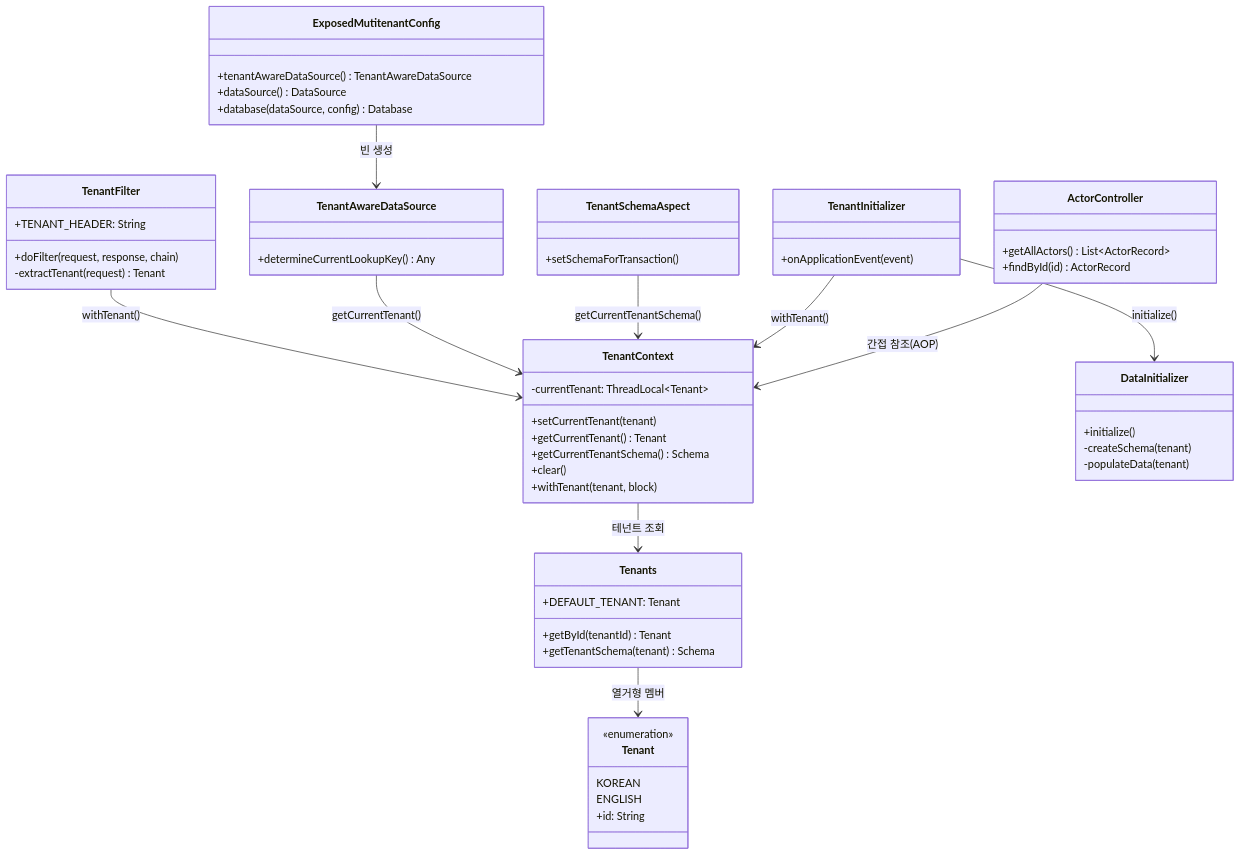
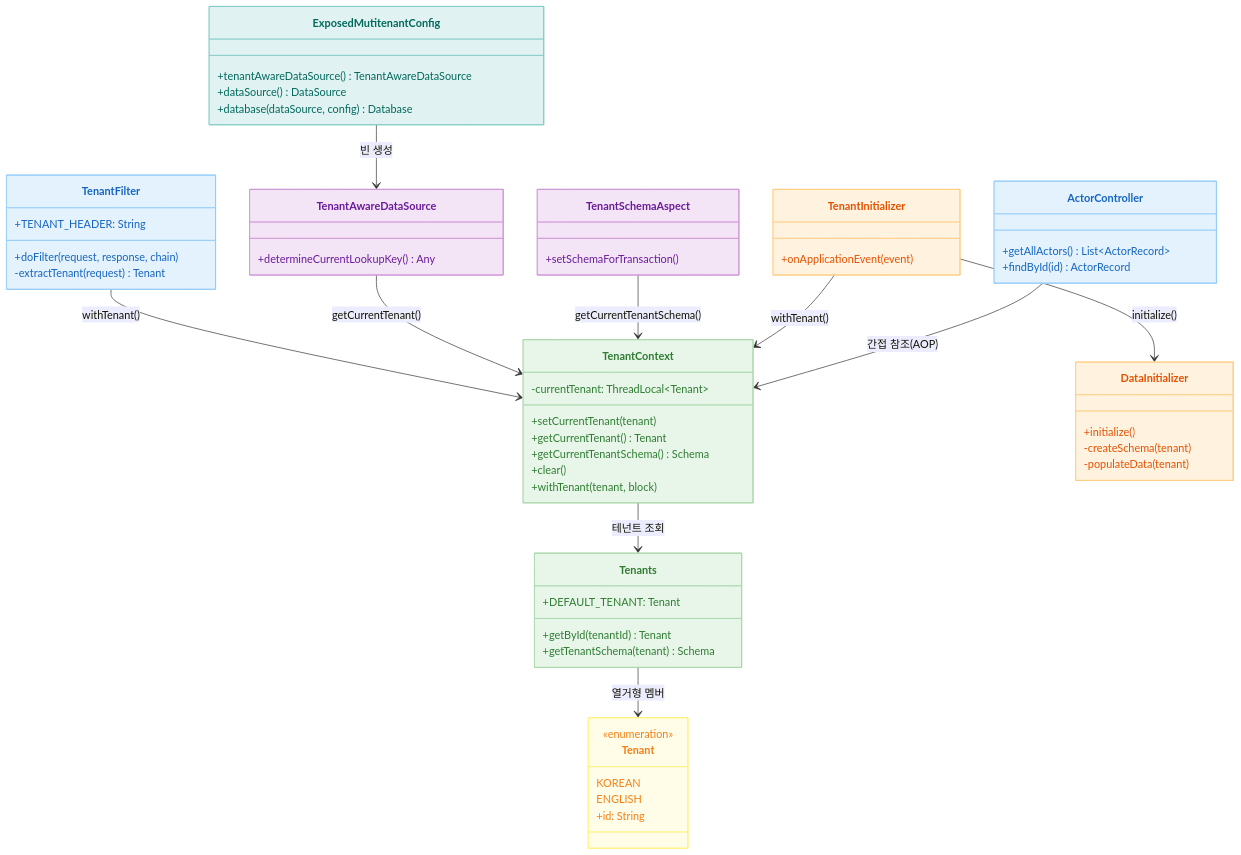
Before and after one commit to bluetape4k/exposed-workshop: the second of 4 diagrams in 10-multi-tenant/01-multitenant-spring-web/README.md, drawn with Mermaid. The commit also changed other lines of this file and 56 other files, not shown here.

First line of the commit message:
docs: 전체 README mermaid 다이어그램에 파스텔 톤 색상 적용

````diff
--- a/10-multi-tenant/01-multitenant-spring-web/README.md
+++ b/10-multi-tenant/01-multitenant-spring-web/README.md
@@ -49,69 +49,80 @@
 ```mermaid
 classDiagram
     class TenantFilter {
         +TENANT_HEADER: String
         +doFilter(request, response, chain)
         -extractTenant(request) Tenant
     }
 
     class TenantContext {
         -currentTenant: ThreadLocal~Tenant~
         +setCurrentTenant(tenant)
         +getCurrentTenant() Tenant
         +getCurrentTenantSchema() Schema
         +clear()
         +withTenant(tenant, block)
     }
 
     class Tenants {
         +DEFAULT_TENANT: Tenant
         +getById(tenantId) Tenant
         +getTenantSchema(tenant) Schema
     }
 
     class Tenant {
         <<enumeration>>
         KOREAN
         ENGLISH
         +id: String
     }
 
     class TenantAwareDataSource {
         +determineCurrentLookupKey() Any
     }
 
     class TenantSchemaAspect {
         +setSchemaForTransaction()
     }
 
     class TenantInitializer {
         +onApplicationEvent(event)
     }
 
     class DataInitializer {
         +initialize()
         -createSchema(tenant)
         -populateData(tenant)
     }
 
     class ExposedMutitenantConfig {
         +tenantAwareDataSource() TenantAwareDataSource
         +dataSource() DataSource
         +database(dataSource, config) Database
     }
 
     class ActorController {
         +getAllActors() List~ActorRecord~
         +findById(id) ActorRecord
     }
 
     TenantFilter --> TenantContext : withTenant()
     TenantContext --> Tenants : 테넌트 조회
     Tenants --> Tenant : 열거형 멤버
     TenantAwareDataSource --> TenantContext : getCurrentTenant()
     TenantSchemaAspect --> TenantContext : getCurrentTenantSchema()
     TenantInitializer --> DataInitializer : initialize()
     TenantInitializer --> TenantContext : withTenant()
     ExposedMutitenantConfig --> TenantAwareDataSource : 빈 생성
     ActorController --> TenantContext : 간접 참조(AOP)
+
+    style TenantFilter fill:#E3F2FD,stroke:#90CAF9,color:#1565C0
+    style TenantContext fill:#E8F5E9,stroke:#A5D6A7,color:#2E7D32
+    style Tenants fill:#E8F5E9,stroke:#A5D6A7,color:#2E7D32
+    style Tenant fill:#FFFDE7,stroke:#FFF176,color:#F57F17
+    style TenantAwareDataSource fill:#F3E5F5,stroke:#CE93D8,color:#6A1B9A
+    style TenantSchemaAspect fill:#F3E5F5,stroke:#CE93D8,color:#6A1B9A
+    style TenantInitializer fill:#FFF3E0,stroke:#FFCC80,color:#E65100
+    style DataInitializer fill:#FFF3E0,stroke:#FFCC80,color:#E65100
+    style ExposedMutitenantConfig fill:#E0F2F1,stroke:#80CBC4,color:#00695C
+    style ActorController fill:#E3F2FD,stroke:#90CAF9,color:#1565C0
 ```
````
